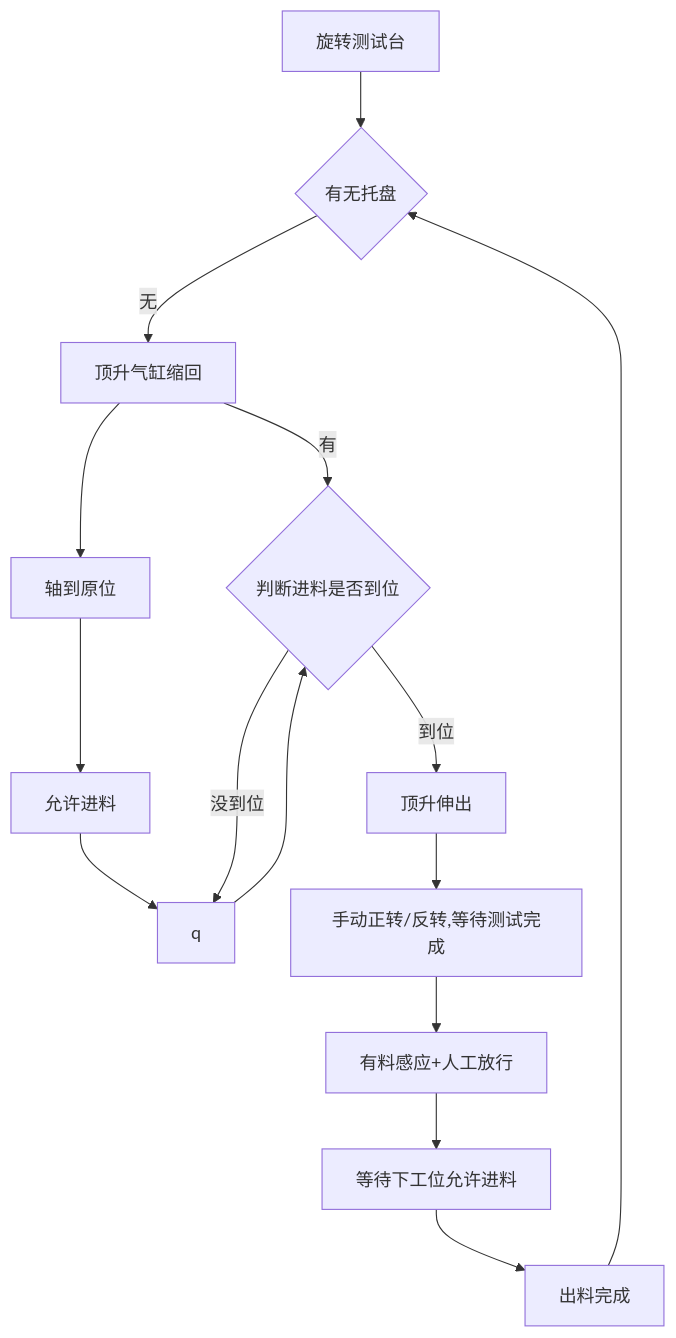
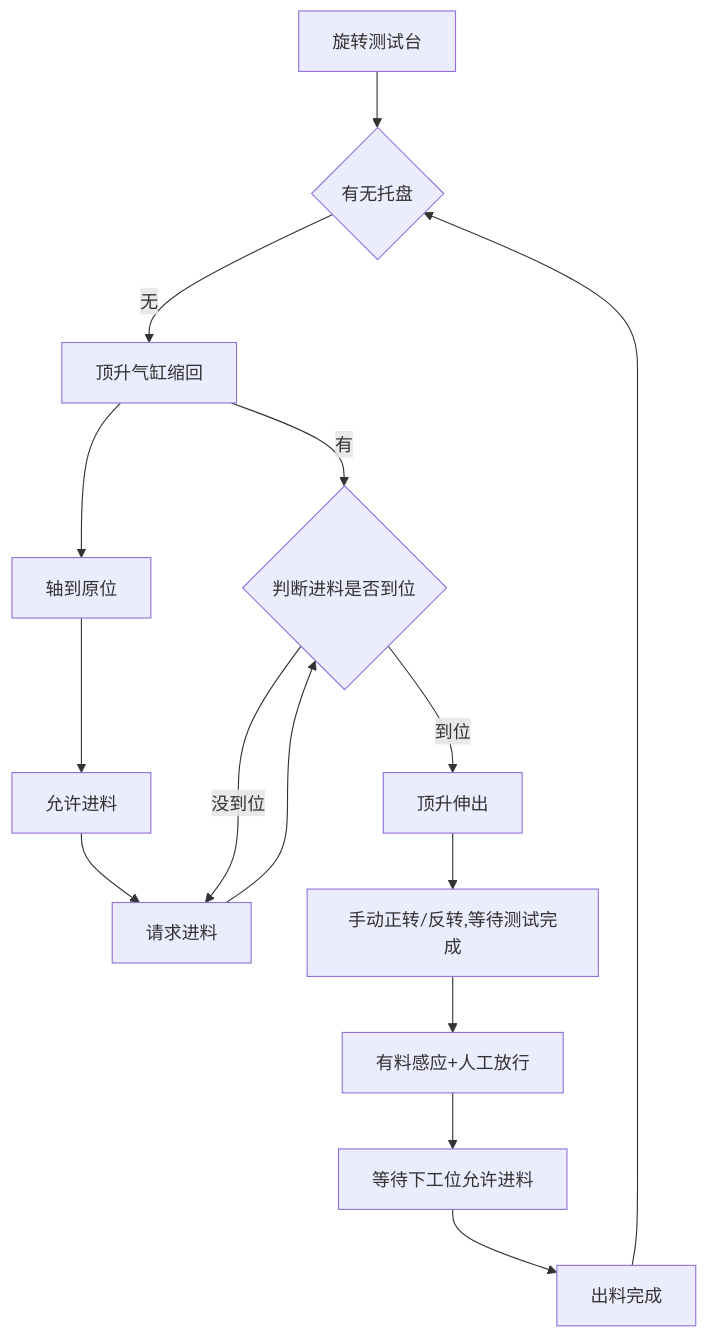
The diagram in all/旋转测试台.md (PengKun1/iodraw-files), drawn with Mermaid before and after one commit.

Commit message:
2024-12-23 16:30:05 update

````diff
--- a/all/旋转测试台.md
+++ b/all/旋转测试台.md
@@ -1,17 +1,17 @@
 ```mermaid
 graph TD
 0[旋转测试台]-->10
 10{有无托盘}-->|无|20
 20-->|有|50
 20[顶升气缸缩回]-->30
 30[轴到原位]-->40
 40[允许进料]-->45
-45[q]-->50
+45[请求进料]-->50
 50{判断进料是否到位}-->|到位|60 
 50-->|没到位|45
 60[顶升伸出]-->70
 70[手动正转/反转,等待测试完成]-->80
 80[有料感应+人工放行]-->90
 90[等待下工位允许进料]-->100
 100[出料完成]-->10
 ```
````
